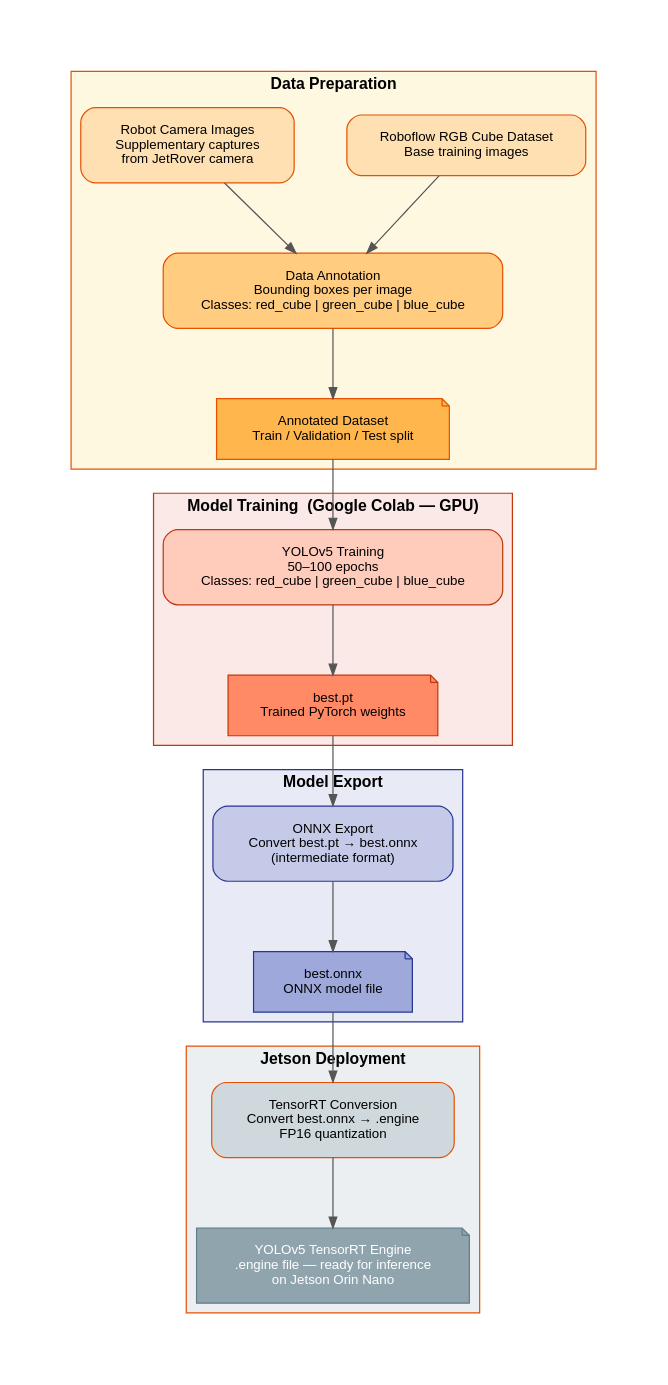
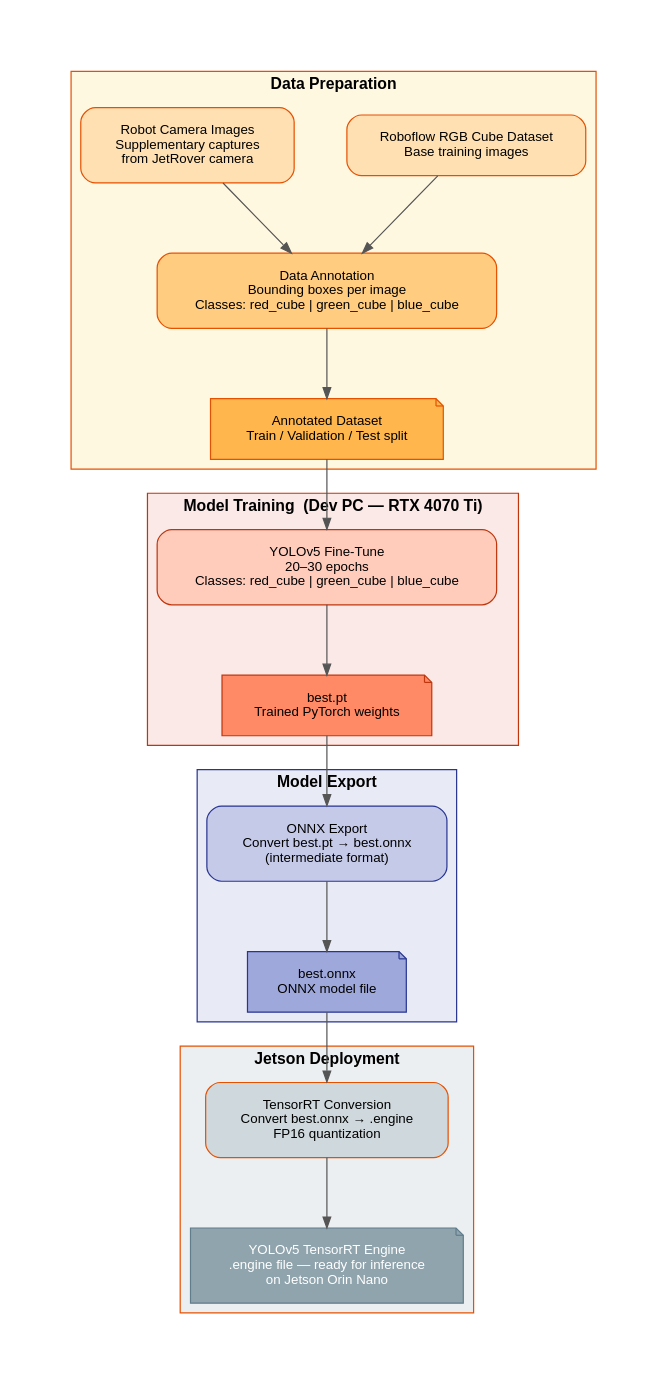
The diagram in assets/concept2_training_pipeline.dot (mahersabbagh80/Recognition-of-Different-Colored-Cubes), drawn with Graphviz before and after one commit. The commit also changed 11 other files, not shown here.

First line of the commit message:
Docs: replace Google Colab with local RTX 4070 Ti training

```diff
--- a/assets/concept2_training_pipeline.dot
+++ b/assets/concept2_training_pipeline.dot
@@ -1,76 +1,76 @@
 digraph Concept2TrainingPipeline {
 
     rankdir=TB;
     graph [fontname="Helvetica", fontsize=12, pad="0.6", nodesep=0.6, ranksep=0.8];
     node  [fontname="Helvetica", fontsize=11, style="filled,rounded", shape=box, margin="0.28,0.18"];
     edge  [fontname="Helvetica", fontsize=10, color="#555555", arrowsize=0.9];
 
     // ── Data Preparation ──────────────────────────────────────────────────────
     subgraph cluster_data {
         label="Data Preparation";
         fontsize=13; fontname="Helvetica-Bold";
         style=filled; fillcolor="#FFF8E1"; color="#E65100";
 
         roboflow   [label="Roboflow RGB Cube Dataset\nBase training images",
                     fillcolor="#FFE0B2", color="#E65100"];
 
         robot_imgs [label="Robot Camera Images\nSupplementary captures\nfrom JetRover camera",
                     fillcolor="#FFE0B2", color="#E65100"];
 
         annotation [label="Data Annotation\nBounding boxes per image\nClasses: red_cube | green_cube | blue_cube",
                     fillcolor="#FFCC80", color="#E65100"];
 
         dataset    [label="Annotated Dataset\nTrain / Validation / Test split",
                     shape=note, fillcolor="#FFB74D", color="#E65100"];
     }
 
     // ── Model Training ────────────────────────────────────────────────────────
     subgraph cluster_training {
-        label="Model Training  (Google Colab — GPU)";
+        label="Model Training  (Dev PC — RTX 4070 Ti)";
         fontsize=13; fontname="Helvetica-Bold";
         style=filled; fillcolor="#FBE9E7"; color="#BF360C";
 
-        yolo_train [label="YOLOv5 Training\n50–100 epochs\nClasses: red_cube | green_cube | blue_cube",
+        yolo_train [label="YOLOv5 Fine-Tune\n20–30 epochs\nClasses: red_cube | green_cube | blue_cube",
                     fillcolor="#FFCCBC", color="#BF360C"];
 
         best_pt    [label="best.pt\nTrained PyTorch weights",
                     shape=note, fillcolor="#FF8A65", color="#BF360C"];
     }
 
     // ── Model Export ──────────────────────────────────────────────────────────
     subgraph cluster_export {
         label="Model Export";
         fontsize=13; fontname="Helvetica-Bold";
         style=filled; fillcolor="#E8EAF6"; color="#283593";
 
         onnx_export [label="ONNX Export\nConvert best.pt → best.onnx\n(intermediate format)",
                      fillcolor="#C5CAE9", color="#283593"];
 
         best_onnx   [label="best.onnx\nONNX model file",
                      shape=note, fillcolor="#9FA8DA", color="#283593"];
     }
 
     // ── Jetson Deployment ─────────────────────────────────────────────────────
     subgraph cluster_deploy {
         label="Jetson Deployment";
         fontsize=13; fontname="Helvetica-Bold";
         style=filled; fillcolor="#ECEFF1"; color="#E65100";
 
         trt_export [label="TensorRT Conversion\nConvert best.onnx → .engine\nFP16 quantization",
                     fillcolor="#CFD8DC", color="#E65100"];
 
         model_file [label="YOLOv5 TensorRT Engine\n.engine file — ready for inference\non Jetson Orin Nano",
                     shape=note, fillcolor="#90A4AE", fontcolor="white", color="#607D8B"];
     }
 
     // ── Edges ─────────────────────────────────────────────────────────────────
     roboflow   -> annotation;
     robot_imgs -> annotation;
     annotation -> dataset;
     dataset    -> yolo_train;
     yolo_train -> best_pt;
     best_pt    -> onnx_export;
     onnx_export -> best_onnx;
     best_onnx  -> trt_export;
     trt_export -> model_file;
 }
```
